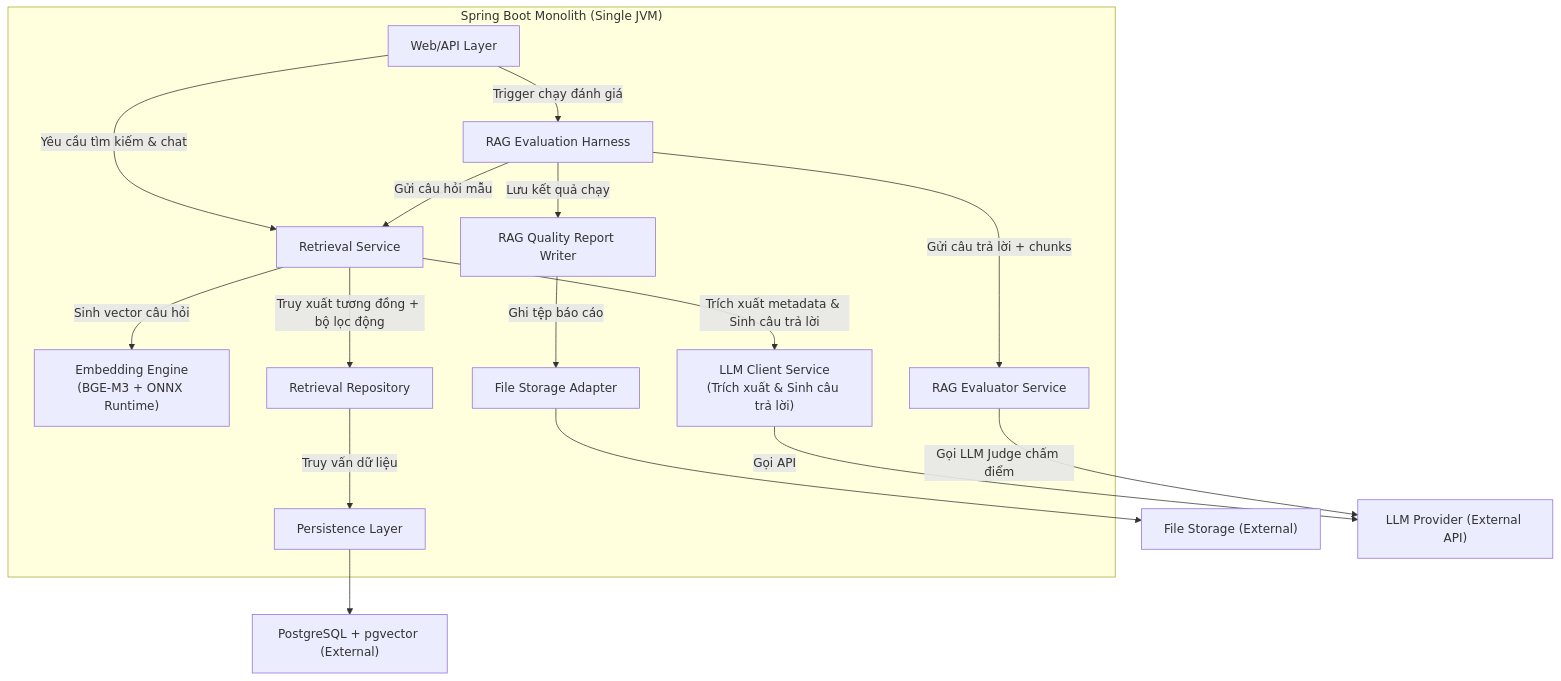
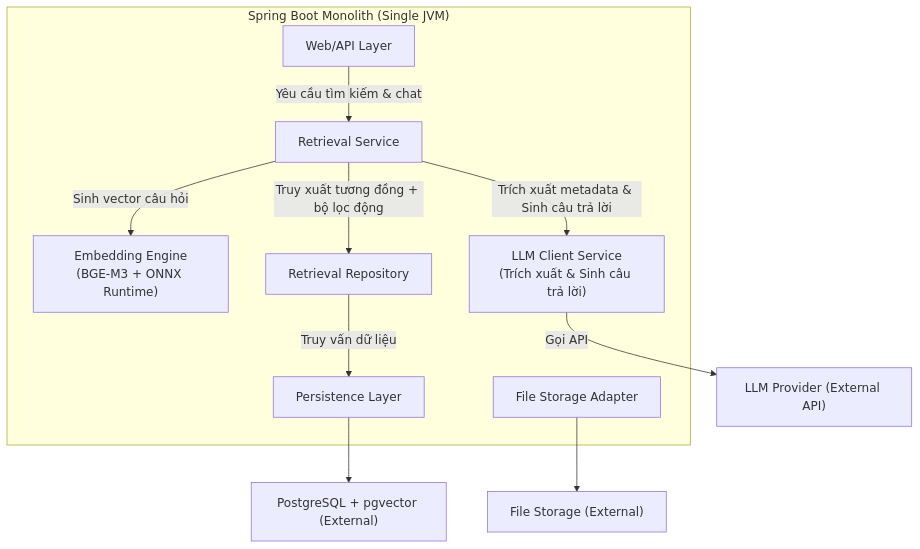
One commit to thanhhuong1523/enterprise-ai-systems changed the second of 2 diagrams in eap/docs/week5/ArchitectureDesign.md. Above: the diagram before and after it, drawn with Mermaid. The commit also changed other lines of this file and 2 other files, not shown here.

````diff
--- a/eap/docs/week5/ArchitectureDesign.md
+++ b/eap/docs/week5/ArchitectureDesign.md
@@ -99,41 +97,28 @@
 ```mermaid
 graph TD
     subgraph SpringBootMonolith ["Spring Boot Monolith (Single JVM)"]
         WebAPILayer["Web/API Layer"]
         RetrievalService["Retrieval Service"]
         EmbeddingEngine["Embedding Engine<br>(BGE-M3 + ONNX Runtime)"]
         LlmService["LLM Client Service<br>(Trích xuất & Sinh câu trả lời)"]
         RetrievalRepo["Retrieval Repository"]
         Persistence["Persistence Layer"]
         FileStorageAdapter["File Storage Adapter"]
-        
-        %% Tuần 5: Các cấu phần đánh giá tự động
-        EvalHarness["RAG Evaluation Harness"]
-        RAGEvaluator["RAG Evaluator Service"]
-        ReportWriter["RAG Quality Report Writer"]
     end
     
     FileStorage["File Storage (External)"]
     PostgresDB["PostgreSQL + pgvector (External)"]
     LLM_API["LLM Provider (External API)"]
     
     %% Connections
     WebAPILayer -->|Yêu cầu tìm kiếm & chat| RetrievalService
-    WebAPILayer -->|Trigger chạy đánh giá| EvalHarness
     
     RetrievalService -->|Sinh vector câu hỏi| EmbeddingEngine
     RetrievalService -->|Trích xuất metadata & Sinh câu trả lời| LlmService
     LlmService -->|Gọi API| LLM_API
     RetrievalService -->|Truy xuất tương đồng + bộ lọc động| RetrievalRepo
     RetrievalRepo -->|Truy vấn dữ liệu| Persistence
     
-    %% Evaluation connections
-    EvalHarness -->|Gửi câu hỏi mẫu| RetrievalService
-    EvalHarness -->|Gửi câu trả lời + chunks| RAGEvaluator
-    RAGEvaluator -->|Gọi LLM Judge chấm điểm| LLM_API
-    EvalHarness -->|Lưu kết quả chạy| ReportWriter
-    ReportWriter -->|Ghi tệp báo cáo| FileStorageAdapter
-    
     Persistence --> PostgresDB
     FileStorageAdapter --> FileStorage
 ```
````
